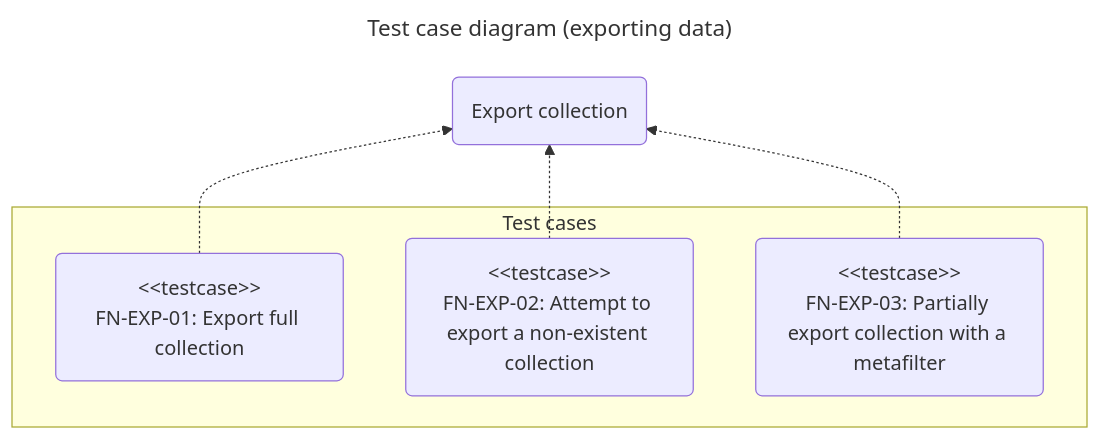
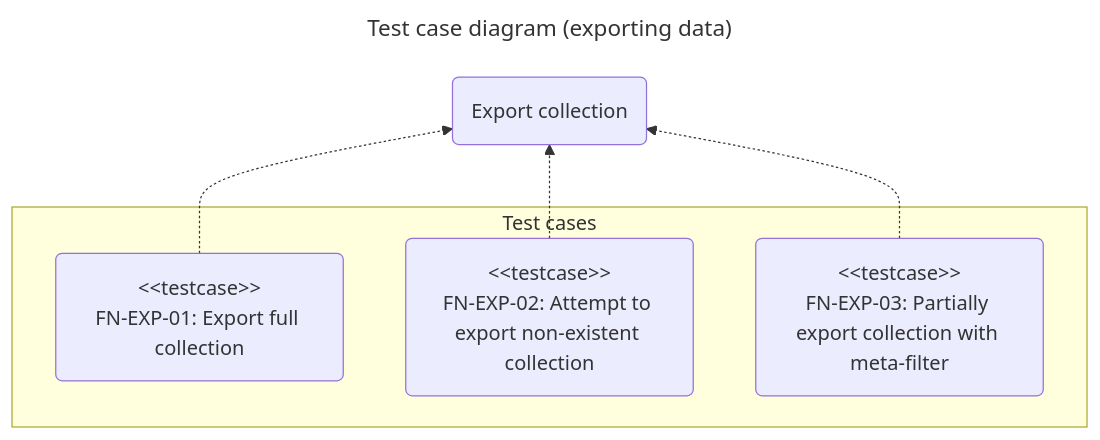
The second of 8 diagrams in docs/spec/tests/functional.en.md (chromiodev/chromie-tool), drawn with Mermaid before and after one commit. The commit also changed other lines of this file and 9 other files, not shown here.

````diff
--- a/docs/spec/tests/functional.en.md
+++ b/docs/spec/tests/functional.en.md
@@ -135,20 +135,20 @@
 ```mermaid
 ---
 title: Test case diagram (exporting data)
 config:
 ---
 
 graph BT
   %% use cases
   exportColl@{ shape: "rounded", label: "Export collection" }
 
   subgraph "Test cases"
     exportFullColl@{ shape: "rounded", label: "#lt;#lt;testcase>><br>FN-EXP-01: Export full collection" }
-    exportNonExistingColl@{ shape: "rounded", label: "#lt;#lt;testcase>><br>FN-EXP-02: Attempt to export a non-existent collection" }
-    exportCollPartiallyWithMetafilter@{ shape: "rounded", label: "#lt;#lt;testcase>><br>FN-EXP-03: Partially export collection with a metafilter" }
+    exportNonExistingColl@{ shape: "rounded", label: "#lt;#lt;testcase>><br>FN-EXP-02: Attempt to export non-existent collection" }
+    exportCollPartiallyWithMetafilter@{ shape: "rounded", label: "#lt;#lt;testcase>><br>FN-EXP-03: Partially export collection with meta-filter" }
   end
 
   exportFullColl -.-> exportColl
   exportNonExistingColl -.-> exportColl
   exportCollPartiallyWithMetafilter -.-> exportColl
 ```
````
